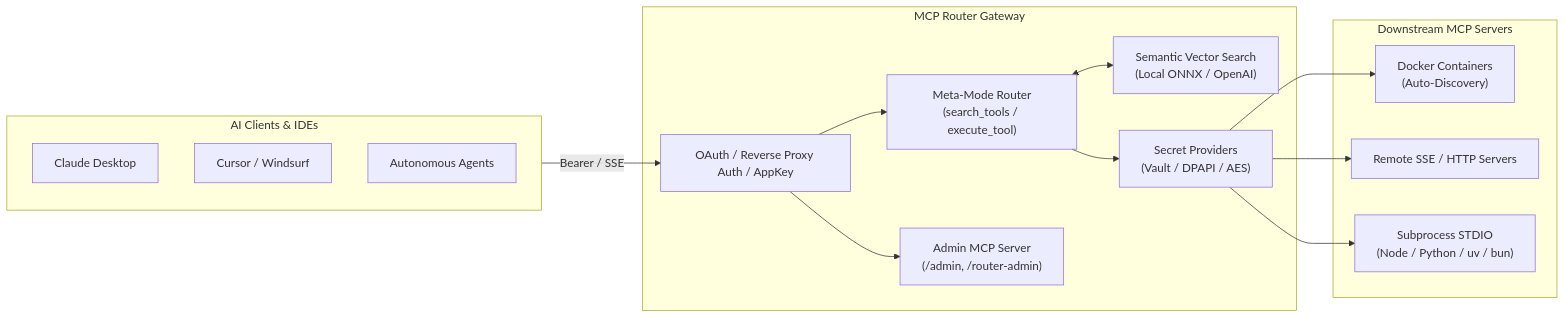
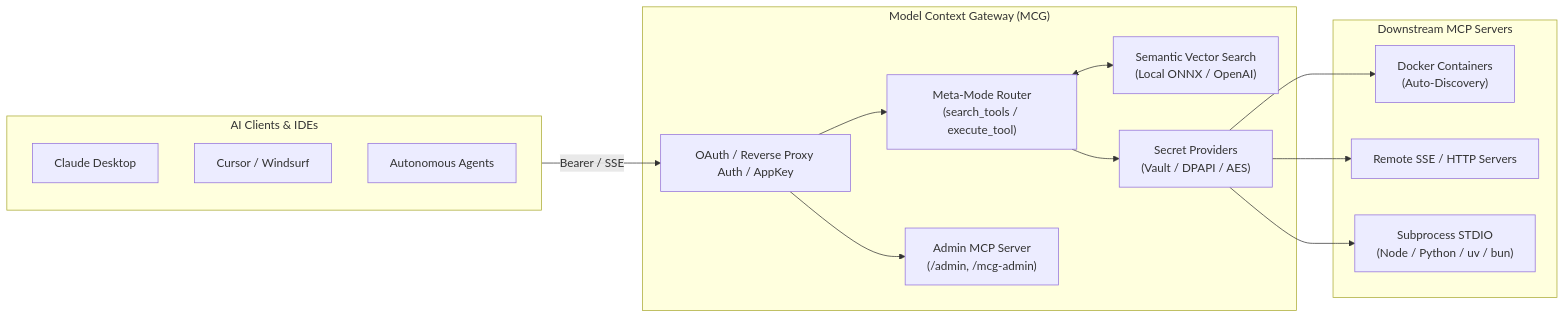
One commit to spelech/CSharp-MCP-Router changed the diagram in docs/index.md. Above: the diagram before and after it, drawn with Mermaid. The commit also changed other lines of this file and 23 other files, not shown here.

Commit message:
docs: comprehensive documentation and screenshot update for Model Context Gateway (MCG)

````diff
--- a/docs/index.md
+++ b/docs/index.md
@@ -27,31 +27,31 @@
 ```mermaid
 flowchart LR
     subgraph Clients["AI Clients & IDEs"]
         Claude["Claude Desktop"]
         Cursor["Cursor / Windsurf"]
         Agents["Autonomous Agents"]
     end
 
-    subgraph Gateway["MCP Router Gateway"]
+    subgraph Gateway["Model Context Gateway (MCG)"]
         Auth["OAuth / Reverse Proxy Auth / AppKey"]
         MetaMode["Meta-Mode Router\n(search_tools / execute_tool)"]
         Vector["Semantic Vector Search\n(Local ONNX / OpenAI)"]
-        AdminMCP["Admin MCP Server\n(/admin, /router-admin)"]
+        AdminMCP["Admin MCP Server\n(/admin, /mcg-admin)"]
         Secrets["Secret Providers\n(Vault / DPAPI / AES)"]
     end
 
     subgraph Backends["Downstream MCP Servers"]
         DockerSrv["Docker Containers\n(Auto-Discovery)"]
         SSESrv["Remote SSE / HTTP Servers"]
         StdioSrv["Subprocess STDIO\n(Node / Python / uv / bun)"]
     end
 
     Clients -->|Bearer / SSE| Auth
     Auth --> MetaMode
     Auth --> AdminMCP
     MetaMode <--> Vector
     MetaMode --> Secrets
     Secrets --> DockerSrv
     Secrets --> SSESrv
     Secrets --> StdioSrv
 ```
````
